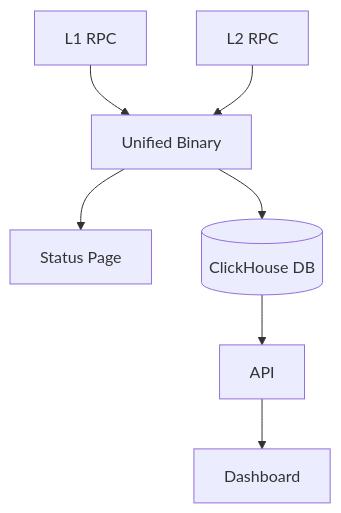
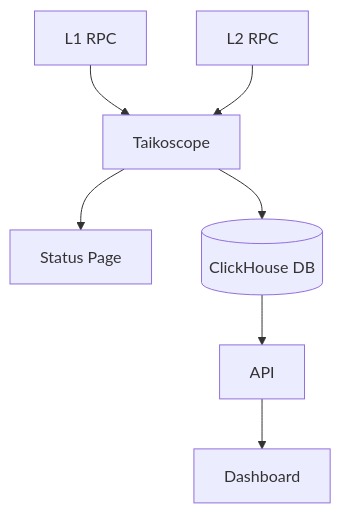
The diagram in README.md (chainbound/taikoscope), drawn with Mermaid before and after one commit. The commit also changed other lines of this file, not shown here.

Commit message:
docs: remove remaining 'unified' references from README
- Replace "unified binary" with "taikoscope binary" in deployment docs
- Update mermaid diagram to use "Taikoscope" instead of "Unified Binary"
- Ensure consistent terminology throughout documentation

🤖 Generated with [Claude Code](https://claude.ai/code)

````diff
--- a/README.md
+++ b/README.md
@@ -144,10 +144,10 @@
 ```mermaid
 flowchart TD
-  L1[L1 RPC] --> Unified[Unified Binary]
-  L2[L2 RPC] --> Unified
+  L1[L1 RPC] --> Taikoscope
+  L2[L2 RPC] --> Taikoscope
 
-  Unified --> Instatus["Status Page"]
-  Unified --> CH[(ClickHouse DB)]
+  Taikoscope --> Instatus["Status Page"]
+  Taikoscope --> CH[(ClickHouse DB)]
   CH --> API
   API --> Dashboard
 ```
````
